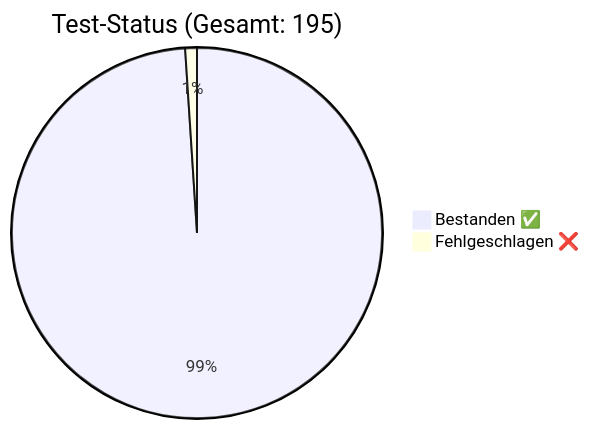
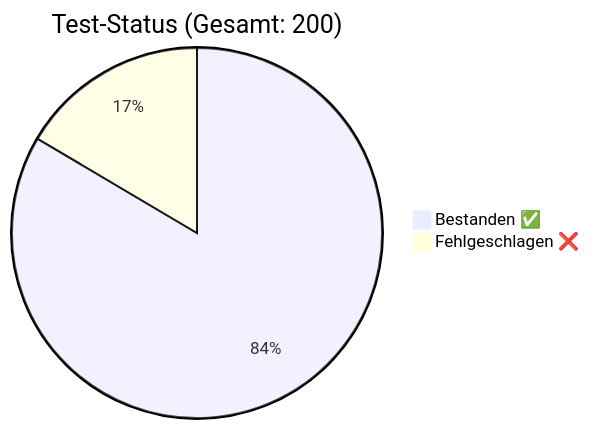
The diagram in docs/QA_Report.md (rorila/GCS), drawn with Mermaid before and after one commit. The commit also changed other lines of this file and 9 other files, not shown here.

````diff
--- a/docs/QA_Report.md
+++ b/docs/QA_Report.md
@@ -7,5 +7,5 @@
 ```mermaid
-pie title Test-Status (Gesamt: 195)
-    "Bestanden ✅" : 193
-    "Fehlgeschlagen ❌" : 2
+pie title Test-Status (Gesamt: 200)
+    "Bestanden ✅" : 167
+    "Fehlgeschlagen ❌" : 33
 ```
````
